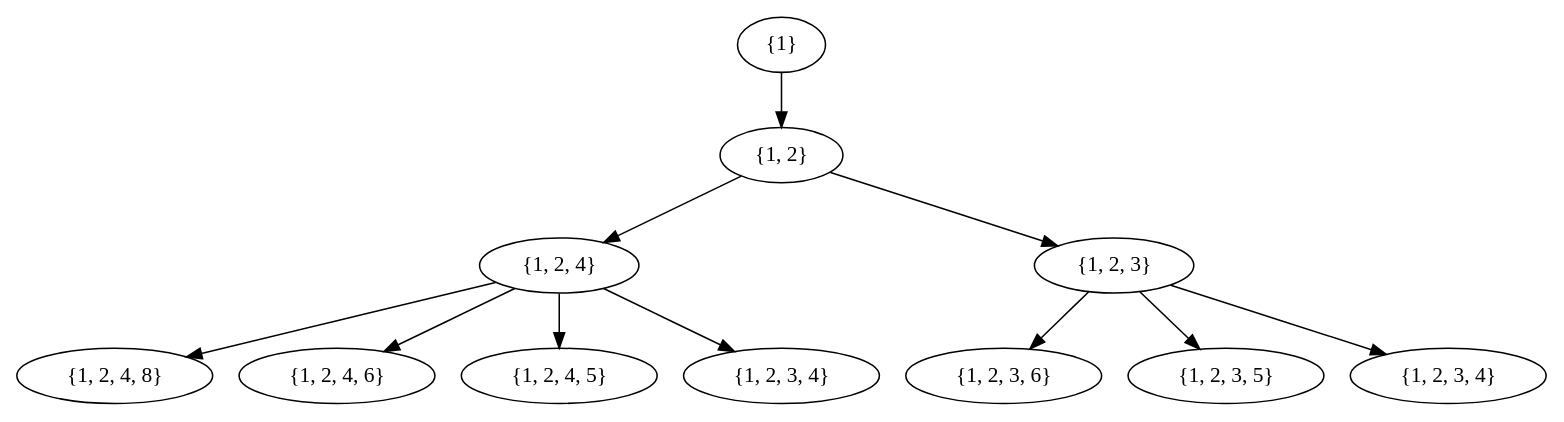
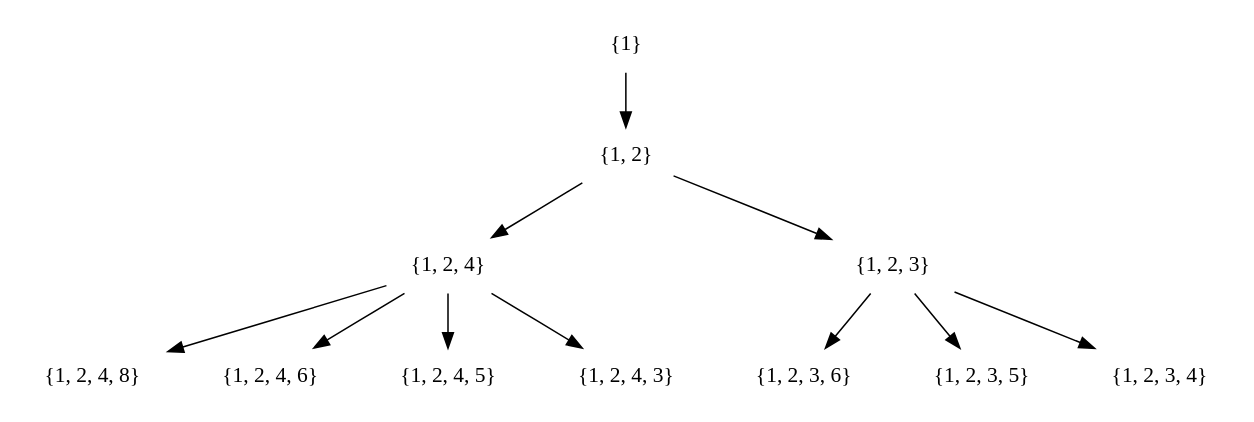
The first of 2 diagrams in org/algo-uva-529-1374/index.org (DreamAndDead/DreamAndDead.github.io), drawn with Graphviz before and after one commit. The commit also changed other lines of this file and 5 other files, not shown here.

```diff
--- a/org/algo-uva-529-1374/index.org
+++ b/org/algo-uva-529-1374/index.org
@@ -29,29 +28,32 @@
 #+begin_src dot :file images/1374-bfs.png
 digraph {
+  node[shape=none];
+
   s0[label="{1}"];
   s1[label="{1, 2}"];
   s21[label="{1, 2, 4}"];
   s22[label="{1, 2, 3}"];
   s31[label="{1, 2, 4, 8}"];
   s32[label="{1, 2, 4, 6}"];
   s33[label="{1, 2, 4, 5}"];
-  s34[label="{1, 2, 3, 4}"];
+  s34[label="{1, 2, 4, 3}"];
+
   s35[label="{1, 2, 3, 6}"];
   s36[label="{1, 2, 3, 5}"];
   s37[label="{1, 2, 3, 4}"];
 
   s0 -> s1;
 
   s1 -> s21;
   s1 -> s22;
 
   s21 -> s31;
   s21 -> s32;
   s21 -> s33;
   s21 -> s34;
 
   s22 -> s35;
   s22 -> s36;
   s22 -> s37;
 }
 #+end_src
```
